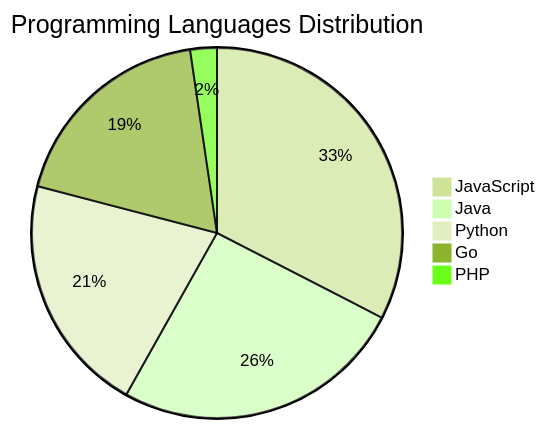
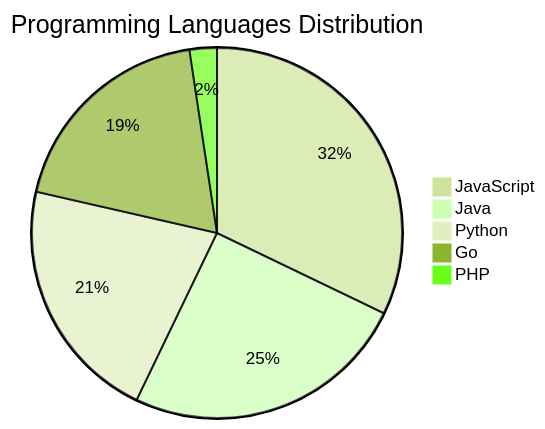
Before and after one commit to Derrick-MUGISHA/github-activity-bot: the diagram in README.md, drawn with Mermaid (forest theme). The commit also changed other lines of this file and 3 other files, not shown here.

````diff
--- a/README.md
+++ b/README.md
@@ -71,8 +71,8 @@
 ```mermaid
 pie title Programming Languages Distribution
-    "JavaScript" : 28
-    "Java" : 22
+    "JavaScript" : 27
+    "Java" : 21
     "Python" : 18
     "Go" : 16
     "PHP" : 2
 ```
````
